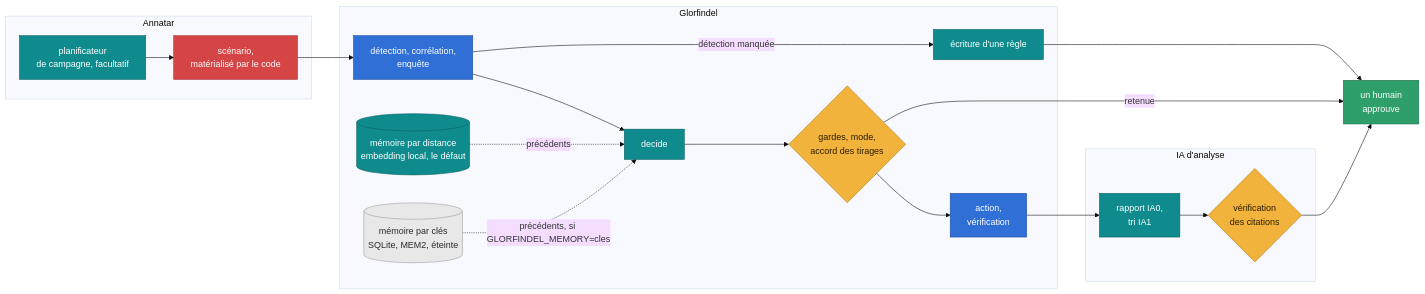
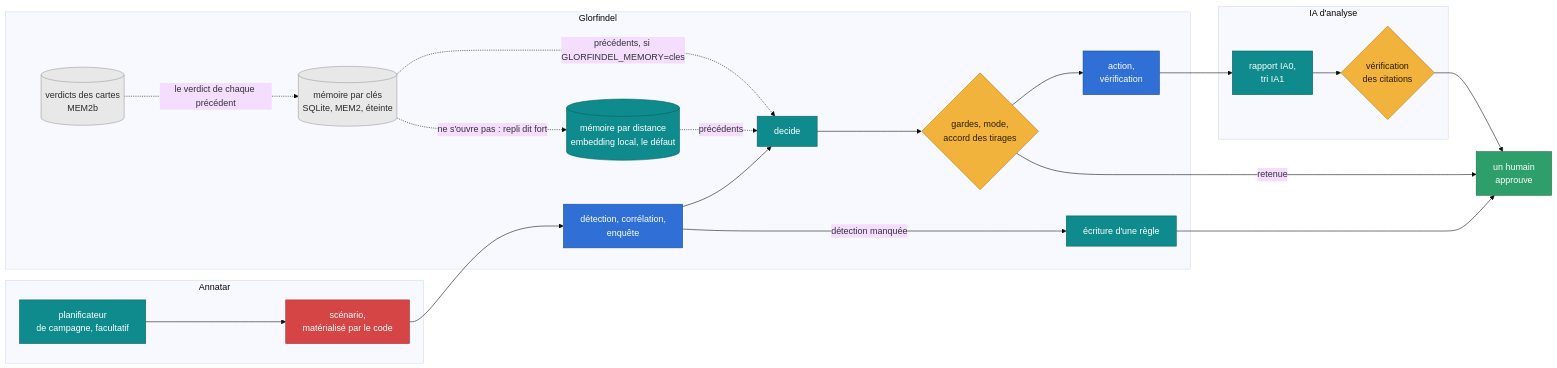
One commit to grootcyber/eregion changed the eighth of 12 diagrams in docs/architecture.md. Above: the diagram before and after it, drawn with Mermaid (base theme). The commit also changed other lines of this file and 8 other files, not shown here.

First line of the commit message:
docs(glorfindel): le verdict du précédent, le repli de la mémoire par clés et le passage 1 à rejouer (MEM2b, #1161)

````diff
--- a/docs/architecture.md
+++ b/docs/architecture.md
@@ -331,39 +331,42 @@
 ```mermaid
 flowchart LR
     subgraph AN["Annatar"]
         PL["planificateur<br/>de campagne, facultatif"]
         SY["scénario,<br/>matérialisé par le code"]
     end
     subgraph GL["Glorfindel"]
         DT["détection, corrélation,<br/>enquête"]
         DE["decide"]
         GA{"gardes, mode,<br/>accord des tirages"}
         AC["action,<br/>vérification"]
         AU["écriture d'une règle"]
         ME[("mémoire par distance<br/>embedding local, le défaut")]
         MK[("mémoire par clés<br/>SQLite, MEM2, éteinte")]
+        CV[("verdicts des cartes<br/>MEM2b")]
     end
     subgraph IA["IA d'analyse"]
         RE["rapport IA0,<br/>tri IA1"]
         VE{"vérification<br/>des citations"}
     end
     HU["un humain<br/>approuve"]
     PL --> SY --> DT --> DE --> GA --> AC
     GA -->|"retenue"| HU
     DT -->|"détection manquée"| AU --> HU
     ME -.->|"précédents"| DE
     MK -.->|"précédents, si GLORFINDEL_MEMORY=cles"| DE
+    CV -.->|"le verdict de chaque précédent"| MK
+    MK -.->|"ne s'ouvre pas : repli dit fort"| ME
     AC --> RE --> VE --> HU
     classDef red fill:#d64545,stroke:#9a2f2f,color:#ffffff
     classDef blue fill:#2f6fd6,stroke:#1d4a9a,color:#ffffff
     classDef guard fill:#f2b33d,stroke:#b07a12,color:#2b1d00
     classDef go fill:#2e9e6a,stroke:#1d6b47,color:#ffffff
     classDef model fill:#0f8b8d,stroke:#0a5f60,color:#ffffff
     class SY red
     class DT,AC blue
     class GA,VE guard
     class HU go
     class PL,DE,AU,RE,ME model
     classDef data fill:#e8e8e8,stroke:#9a9a9a,color:#2b2b2b
-    class MK data
+    class MK,CV data
 ```
````
